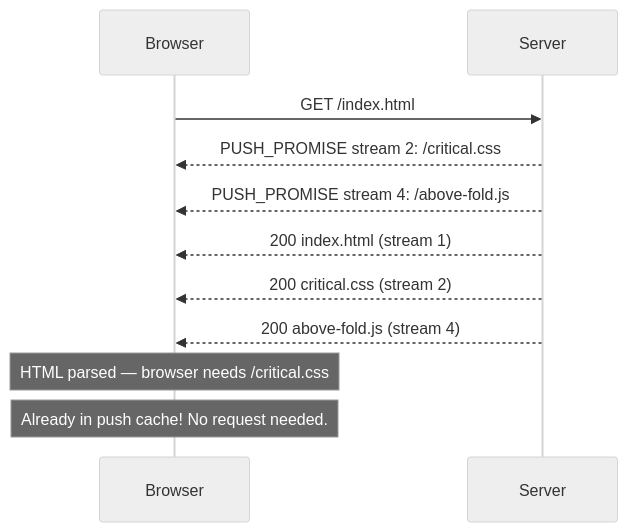
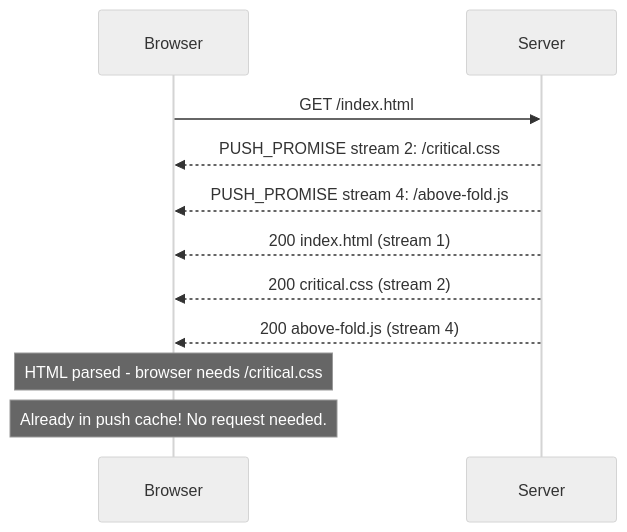
The second of 8 diagrams in phase-2-foundations/topic-3-http2-and-http3-quic.md (b-balakrishna/system-design), drawn with Mermaid (neutral theme) before and after one commit. The commit also changed other lines of this file and 165 other files, not shown here.

Commit message:
feat: add comprehensive system design documentation covering foundations, backend, frontend, distributed systems, and AI/ML architectures

````diff
--- a/phase-2-foundations/topic-3-http2-and-http3-quic.md
+++ b/phase-2-foundations/topic-3-http2-and-http3-quic.md
@@ -129,14 +129,14 @@
 ```mermaid
 sequenceDiagram
     participant C as Browser
     participant S as Server
 
     C->>S: GET /index.html
     S-->>C: PUSH_PROMISE stream 2: /critical.css
     S-->>C: PUSH_PROMISE stream 4: /above-fold.js
     S-->>C: 200 index.html (stream 1)
     S-->>C: 200 critical.css (stream 2)
     S-->>C: 200 above-fold.js (stream 4)
-    Note over C: HTML parsed — browser needs /critical.css
+    Note over C: HTML parsed  -  browser needs /critical.css
     Note over C: Already in push cache! No request needed.
 ```
````
